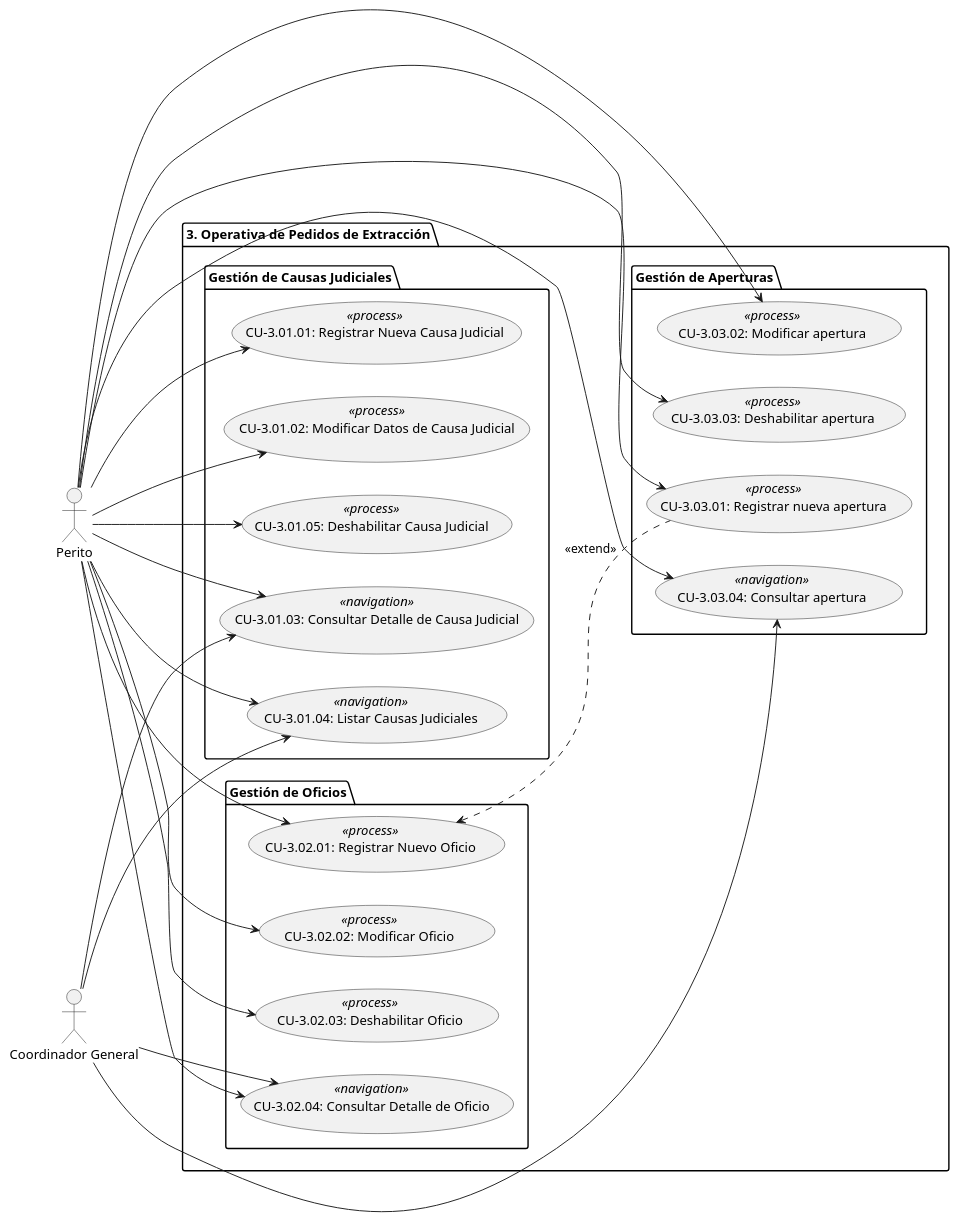
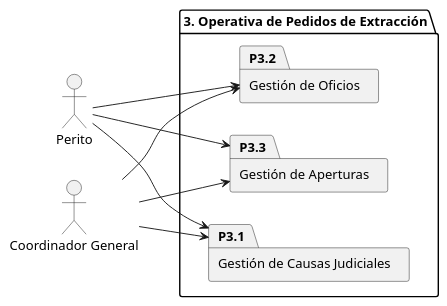
One commit to c4lvar3z7/Doc-ForenSys changed the diagram in CU3.puml. Above: the diagram before and after it, drawn with PlantUML. The commit also changed 2 other files, not shown here.

Commit message:
Diagrama de paquetes de casos de uso han sido simplificados para mejorar su legibilidad

```diff
--- a/CU3.puml
+++ b/CU3.puml
@@ -1,54 +1,29 @@
 @startuml
 left to right direction
 
 actor :Perito: as Perito
 actor :Coordinador General: as Coordinador
 
 package "3. Operativa de Pedidos de Extracción" {
     
-    package "Gestión de Causas Judiciales" {
-        usecase "CU-3.01.01: Registrar Nueva Causa Judicial" as CU_3_01_01 <<process>>
-        usecase "CU-3.01.02: Modificar Datos de Causa Judicial" as CU_3_01_02 <<process>>
-        usecase "CU-3.01.03: Consultar Detalle de Causa Judicial" as CU_3_01_03 <<navigation>>
-        usecase "CU-3.01.04: Listar Causas Judiciales" as CU_3_01_04 <<navigation>>
-        usecase "CU-3.01.05: Deshabilitar Causa Judicial" as CU_3_01_05 <<process>>
+    package "Gestión de Causas Judiciales" as P3.1 {
     }
     
-    package "Gestión de Oficios" {
-        usecase "CU-3.02.01: Registrar Nuevo Oficio" as CU_3_02_01 <<process>>
-        usecase "CU-3.02.02: Modificar Oficio" as CU_3_02_02 <<process>>
-        usecase "CU-3.02.03: Deshabilitar Oficio" as CU_3_02_03 <<process>>
-        usecase "CU-3.02.04: Consultar Detalle de Oficio" as CU_3_02_04 <<navigation>>
+    package "Gestión de Oficios" as P3.2 {
+   
     }
     
-    package "Gestión de Aperturas" {
-        usecase "CU-3.03.01: Registrar nueva apertura" as CU_3_03_01 <<process>>
-        usecase "CU-3.03.02: Modificar apertura" as CU_3_03_02 <<process>>
-        usecase "CU-3.03.03: Deshabilitar apertura" as CU_3_03_03 <<process>>
-        usecase "CU-3.03.04: Consultar apertura" as CU_3_03_04 <<navigation>>
+    package "Gestión de Aperturas" as P3.3{
     }
     
-    CU_3_02_01 <.. CU_3_03_01 : <<extend>>
 }
 
-Perito --> CU_3_01_01
-Perito --> CU_3_01_02
-Perito --> CU_3_01_03
-Perito --> CU_3_01_04
-Perito --> CU_3_01_05
+Perito --> P3.1
+Coordinador --> P3.1
 
-Perito --> CU_3_02_01
-Perito --> CU_3_02_02
-Perito --> CU_3_02_03
-Perito --> CU_3_02_04
+Perito --> P3.2
+Coordinador --> P3.2 
 
-Perito --> CU_3_03_01
-Perito --> CU_3_03_02
-Perito --> CU_3_03_03
-Perito --> CU_3_03_04
-
-Coordinador --> CU_3_01_03
-Coordinador --> CU_3_01_04
-Coordinador --> CU_3_02_04
-Coordinador --> CU_3_03_04
+Perito --> P3.3
+Coordinador --> P3.3
 @endum
```
